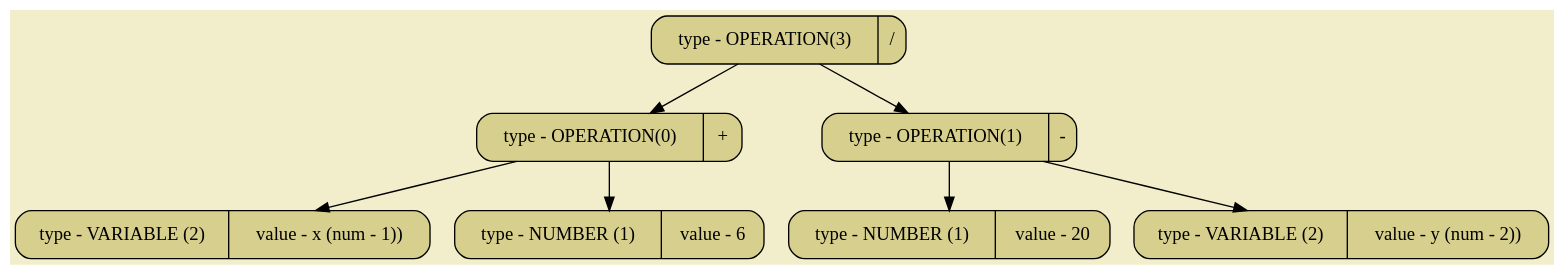
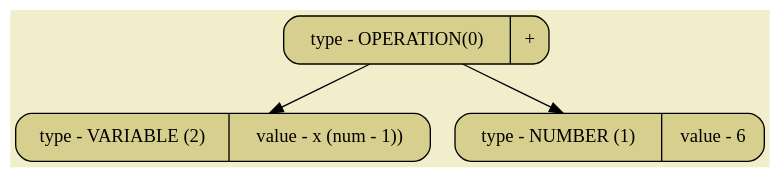
One commit to SashaKhaytina/Differenciator changed the diagram in pictures/image01.dot. Above: the diagram before and after it, drawn with Graphviz. The commit also changed 8 other files, not shown here.

```diff
--- a/pictures/image01.dot
+++ b/pictures/image01.dot
@@ -1,18 +1,10 @@
 digraph
 {
 bgcolor="#F2EECB";
 rankdir = TB;
-POINT_0x5ea2d7f1a490[shape=Mrecord, label = "type - OPERATION(3) | /", style="filled",fillcolor="#D7CF8D"]
-POINT_0x5ea2d7f1a8c0[shape=Mrecord, label = "type - OPERATION(0) | +", style="filled",fillcolor="#D7CF8D"]
-POINT_0x5ea2d7f1a8e0[shape=Mrecord, label = "type - VARIABLE (2) | value - x (num - 1))", style="filled",fillcolor="#D7CF8D"]
-POINT_0x5ea2d7f1a900[shape=Mrecord, label = "type - NUMBER (1) | value - 6", style="filled",fillcolor="#D7CF8D"]
-POINT_0x5ea2d7f1a920[shape=Mrecord, label = "type - OPERATION(1) | -", style="filled",fillcolor="#D7CF8D"]
-POINT_0x5ea2d7f1a940[shape=Mrecord, label = "type - NUMBER (1) | value - 20", style="filled",fillcolor="#D7CF8D"]
-POINT_0x5ea2d7f1a960[shape=Mrecord, label = "type - VARIABLE (2) | value - y (num - 2))", style="filled",fillcolor="#D7CF8D"]
-POINT_0x5ea2d7f1a490 -> POINT_0x5ea2d7f1a8c0
-POINT_0x5ea2d7f1a490 -> POINT_0x5ea2d7f1a920
-POINT_0x5ea2d7f1a8c0 -> POINT_0x5ea2d7f1a8e0
-POINT_0x5ea2d7f1a8c0 -> POINT_0x5ea2d7f1a900
-POINT_0x5ea2d7f1a920 -> POINT_0x5ea2d7f1a940
-POINT_0x5ea2d7f1a920 -> POINT_0x5ea2d7f1a960
+POINT_0x5cea3612e490[shape=Mrecord, label = "type - OPERATION(0) | +", style="filled",fillcolor="#D7CF8D"]
+POINT_0x5cea3612e8c0[shape=Mrecord, label = "type - VARIABLE (2) | value - x (num - 1))", style="filled",fillcolor="#D7CF8D"]
+POINT_0x5cea3612e8e0[shape=Mrecord, label = "type - NUMBER (1) | value - 6", style="filled",fillcolor="#D7CF8D"]
+POINT_0x5cea3612e490 -> POINT_0x5cea3612e8c0
+POINT_0x5cea3612e490 -> POINT_0x5cea3612e8e0
 }
```
